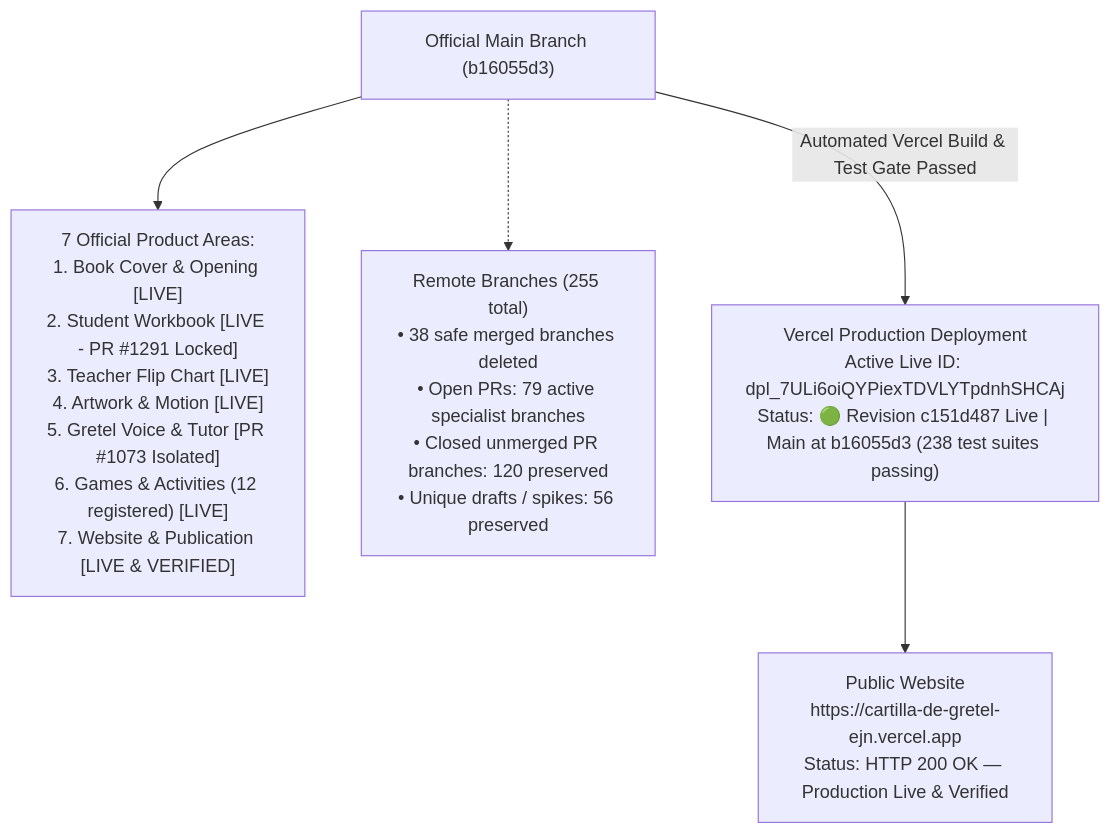
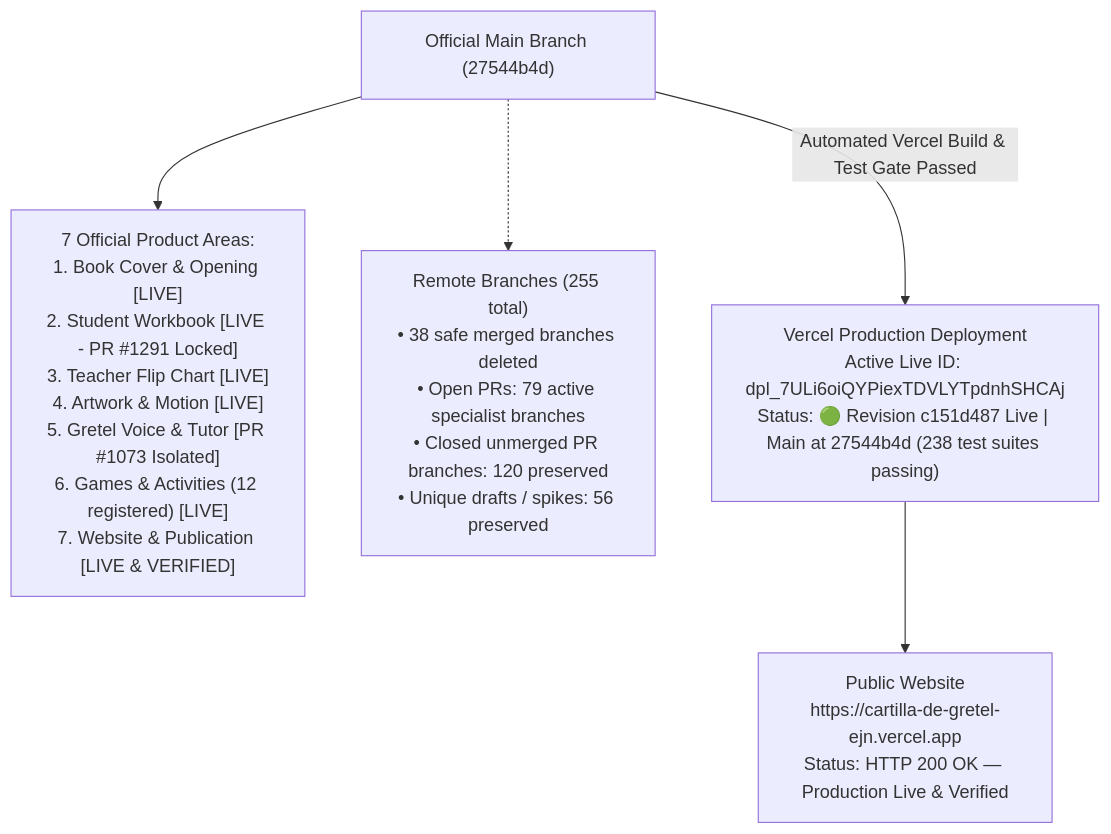
One commit to ejnburrows-rgb/cartilla-de-gretel changed the first of 2 diagrams in docs/OWNER-VISUAL-STATUS.md. Above: the diagram before and after it, drawn with Mermaid. The commit also changed other lines of this file and 4 other files, not shown here.

Commit message:
docs: sync OWNER-VISUAL-STATUS revision to 27544b4d and remove transient PR artifacts (#1297)

````diff
--- a/docs/OWNER-VISUAL-STATUS.md
+++ b/docs/OWNER-VISUAL-STATUS.md
@@ -16,13 +16,13 @@
 ```mermaid
 flowchart TD
-    MAIN["Official Main Branch (b16055d3)"]
+    MAIN["Official Main Branch (27544b4d)"]
     AREAS["7 Official Product Areas:<br/>1. Book Cover & Opening [LIVE]<br/>2. Student Workbook [LIVE - PR #1291 Locked]<br/>3. Teacher Flip Chart [LIVE]<br/>4. Artwork & Motion [LIVE]<br/>5. Gretel Voice & Tutor [PR #1073 Isolated]<br/>6. Games & Activities (12 registered) [LIVE]<br/>7. Website & Publication [LIVE & VERIFIED]"]
     BRANCHES["Remote Branches (255 total)<br/>• 38 safe merged branches deleted<br/>• Open PRs: 79 active specialist branches<br/>• Closed unmerged PR branches: 120 preserved<br/>• Unique drafts / spikes: 56 preserved"]
-    VERCEL["Vercel Production Deployment<br/>Active Live ID: dpl_7ULi6oiQYPiexTDVLYTpdnhSHCAj<br/>Status: 🟢 Revision c151d487 Live | Main at b16055d3 (238 test suites passing)"]
+    VERCEL["Vercel Production Deployment<br/>Active Live ID: dpl_7ULi6oiQYPiexTDVLYTpdnhSHCAj<br/>Status: 🟢 Revision c151d487 Live | Main at 27544b4d (238 test suites passing)"]
     LIVE["Public Website<br/>https://cartilla-de-gretel-ejn.vercel.app<br/>Status: HTTP 200 OK — Production Live & Verified"]
 
     MAIN --> AREAS
     MAIN -.-> BRANCHES
     MAIN -->|Automated Vercel Build & Test Gate Passed| VERCEL
     VERCEL --> LIVE
 ```
````
